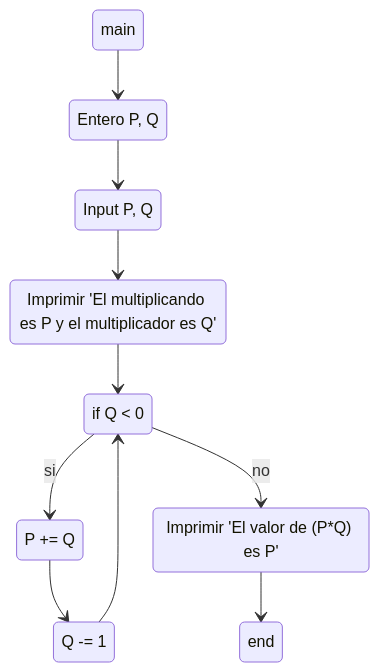
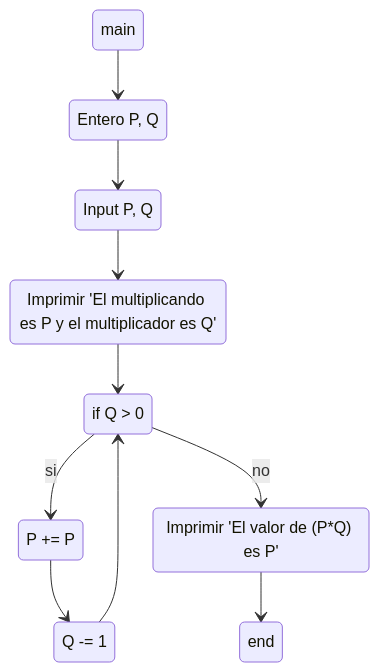
Before and after one commit to ValentinJM/TP-8: the diagram in Ejercicios/13.md, drawn with Mermaid.

````diff
--- a/Ejercicios/13.md
+++ b/Ejercicios/13.md
@@ -2,19 +2,19 @@
 ```mermaid
 stateDiagram-v2
 state "Entero P, Q" as def
 state "Input P, Q" as var
 state "Imprimir 'El multiplicando es P y el multiplicador es Q'" as print1
-state "if Q < 0" as cond
-state "P += Q" as multi
+state "if Q > 0" as cond
+state "P += P" as multi
 state "Q -= 1" as cont
 state "Imprimir 'El valor de (P*Q) es P'" as resul
     main --> def
     def --> var
     var --> print1
     print1 --> cond
     cond --> multi : si
     multi --> cont
     cont --> cond
     cond --> resul : no
     resul --> end
 ```
````
